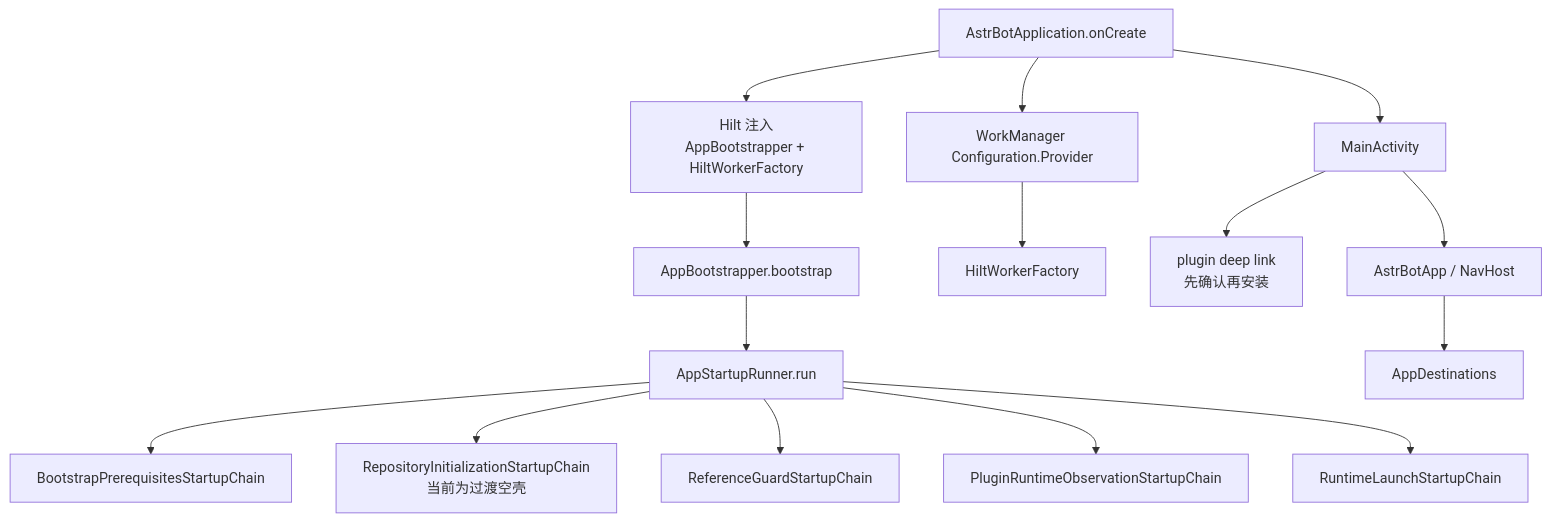
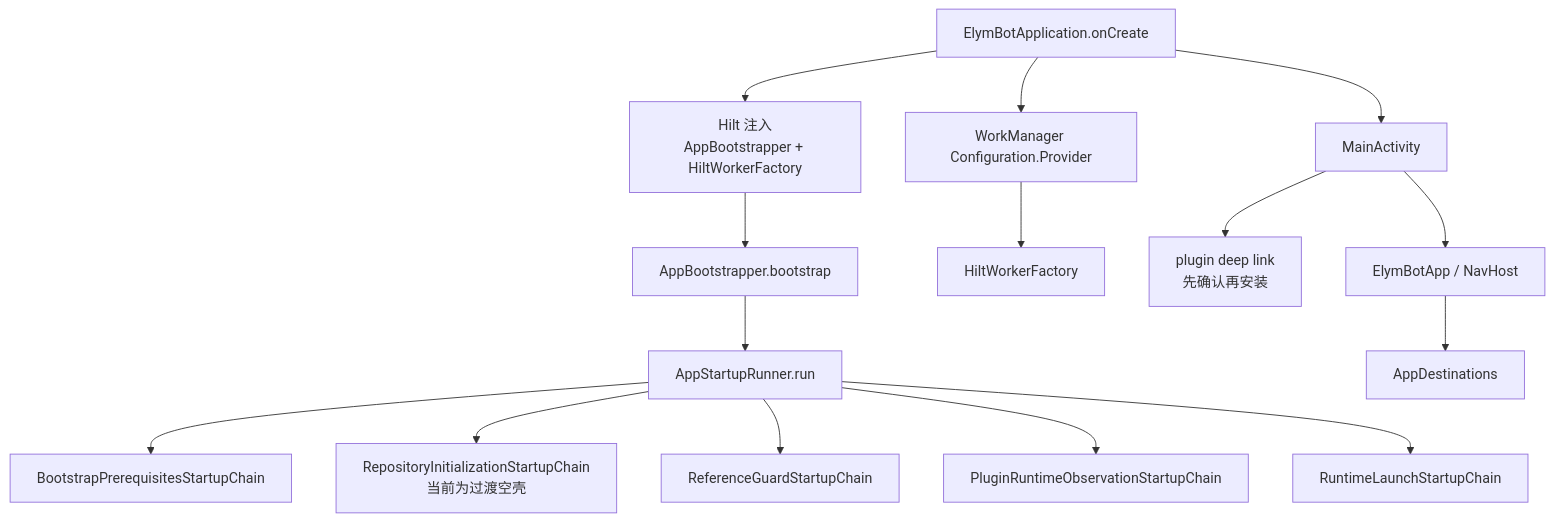
One commit to undertaker33/ElymBot changed the second of 6 diagrams in docs/archive/pre-uth-docs/docs-00-11/11_全链路执行流程图.md. Above: the diagram before and after it, drawn with Mermaid. The commit also changed other lines of this file and 2201 other files, not shown here.

````diff
--- a/docs/archive/pre-uth-docs/docs-00-11/11_全链路执行流程图.md
+++ b/docs/archive/pre-uth-docs/docs-00-11/11_全链路执行流程图.md
@@ -80,20 +80,20 @@
 ```mermaid
 flowchart TD
-    A["AstrBotApplication.onCreate"] --> B["Hilt 注入<br/>AppBootstrapper + HiltWorkerFactory"]
+    A["ElymBotApplication.onCreate"] --> B["Hilt 注入<br/>AppBootstrapper + HiltWorkerFactory"]
     B --> C["AppBootstrapper.bootstrap"]
     C --> D["AppStartupRunner.run"]
 
     D --> E["BootstrapPrerequisitesStartupChain"]
     D --> F["RepositoryInitializationStartupChain<br/>当前为过渡空壳"]
     D --> G["ReferenceGuardStartupChain"]
     D --> H["PluginRuntimeObservationStartupChain"]
     D --> I["RuntimeLaunchStartupChain"]
 
     A --> J["WorkManager Configuration.Provider"]
     J --> K["HiltWorkerFactory"]
 
     A --> L["MainActivity"]
     L --> M["plugin deep link<br/>先确认再安装"]
-    L --> N["AstrBotApp / NavHost"]
+    L --> N["ElymBotApp / NavHost"]
     N --> O["AppDestinations"]
 ```
````
